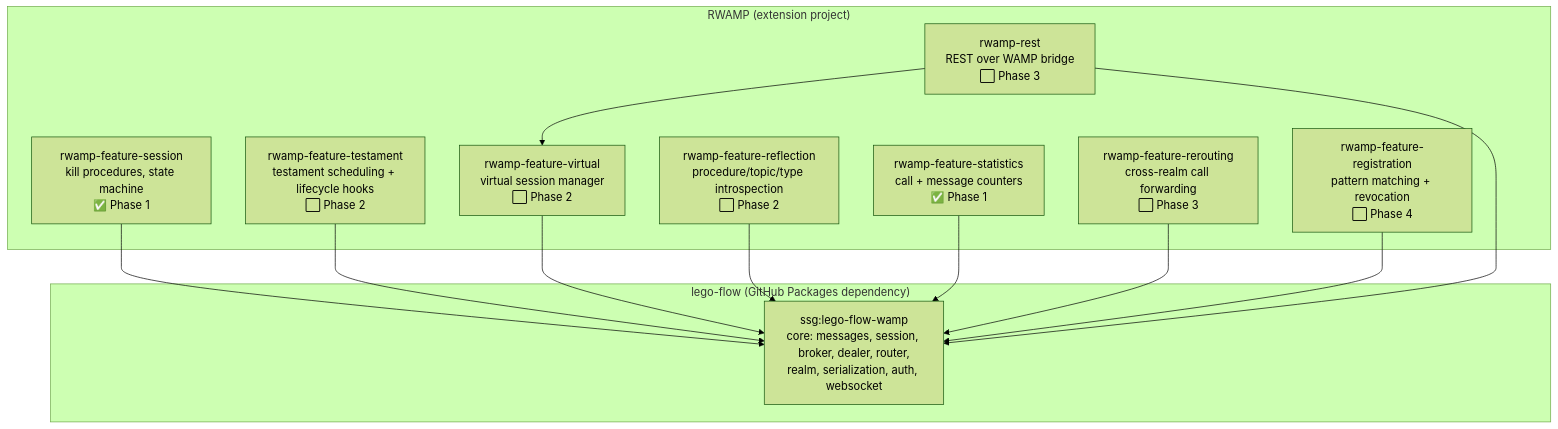
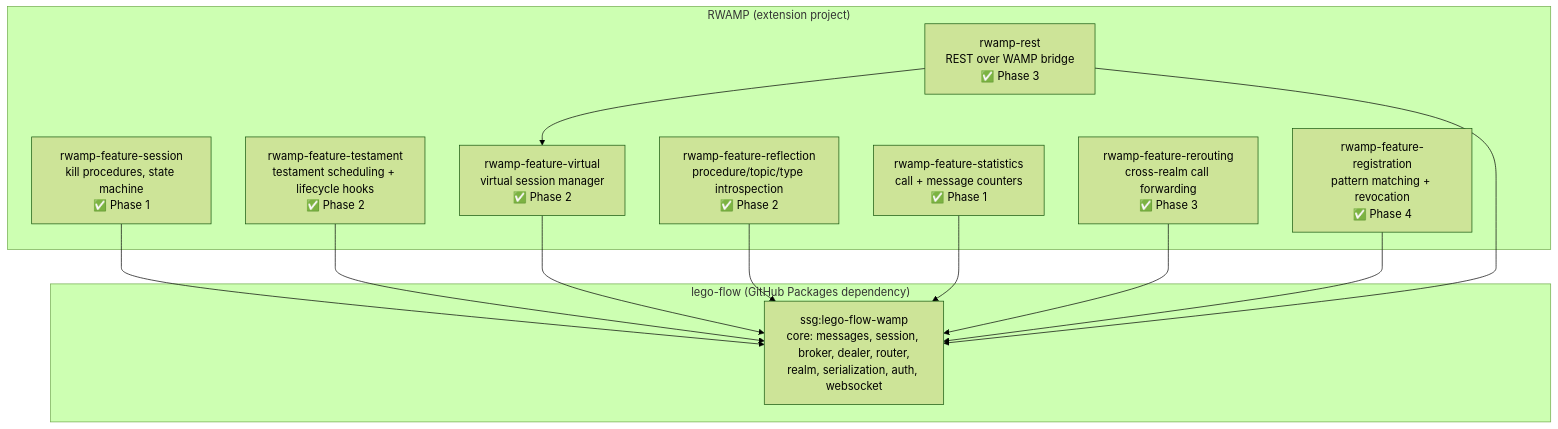
One commit to 000ssg/RWAMP changed the diagram in doc/plan/PLAN.md. Above: the diagram before and after it, drawn with Mermaid (forest theme). The commit also changed other lines of this file and 16 other files, not shown here.

First line of the commit message:
Phase 4: Pattern Registration & Meta API

````diff
--- a/doc/plan/PLAN.md
+++ b/doc/plan/PLAN.md
@@ -70,27 +70,27 @@
 ```mermaid
 graph TD
     subgraph "lego-flow (GitHub Packages dependency)"
         LF1["ssg:lego-flow-wamp<br/>core: messages, session, broker, dealer, router,<br/>realm, serialization, auth, websocket"]
     end
 
     subgraph "RWAMP (extension project)"
         RW1["rwamp-feature-session<br/>kill procedures, state machine<br/>✅ Phase 1"]
-        RW2["rwamp-feature-testament<br/>testament scheduling + lifecycle hooks<br/>⬜ Phase 2"]
-        RW3["rwamp-feature-virtual<br/>virtual session manager<br/>⬜ Phase 2"]
-        RW4["rwamp-feature-reflection<br/>procedure/topic/type introspection<br/>⬜ Phase 2"]
+        RW2["rwamp-feature-testament<br/>testament scheduling + lifecycle hooks<br/>✅ Phase 2"]
+        RW3["rwamp-feature-virtual<br/>virtual session manager<br/>✅ Phase 2"]
+        RW4["rwamp-feature-reflection<br/>procedure/topic/type introspection<br/>✅ Phase 2"]
         RW5["rwamp-feature-statistics<br/>call + message counters<br/>✅ Phase 1"]
-        RW6["rwamp-feature-rerouting<br/>cross-realm call forwarding<br/>⬜ Phase 3"]
-        RW7["rwamp-feature-registration<br/>pattern matching + revocation<br/>⬜ Phase 4"]
-        RW8["rwamp-rest<br/>REST over WAMP bridge<br/>⬜ Phase 3"]
+        RW6["rwamp-feature-rerouting<br/>cross-realm call forwarding<br/>✅ Phase 3"]
+        RW7["rwamp-feature-registration<br/>pattern matching + revocation<br/>✅ Phase 4"]
+        RW8["rwamp-rest<br/>REST over WAMP bridge<br/>✅ Phase 3"]
     end
 
     RW1 --> LF1
     RW2 --> LF1
     RW3 --> LF1
     RW4 --> LF1
     RW5 --> LF1
     RW6 --> LF1
     RW7 --> LF1
     RW8 --> LF1
     RW8 --> RW3
 ```
````
